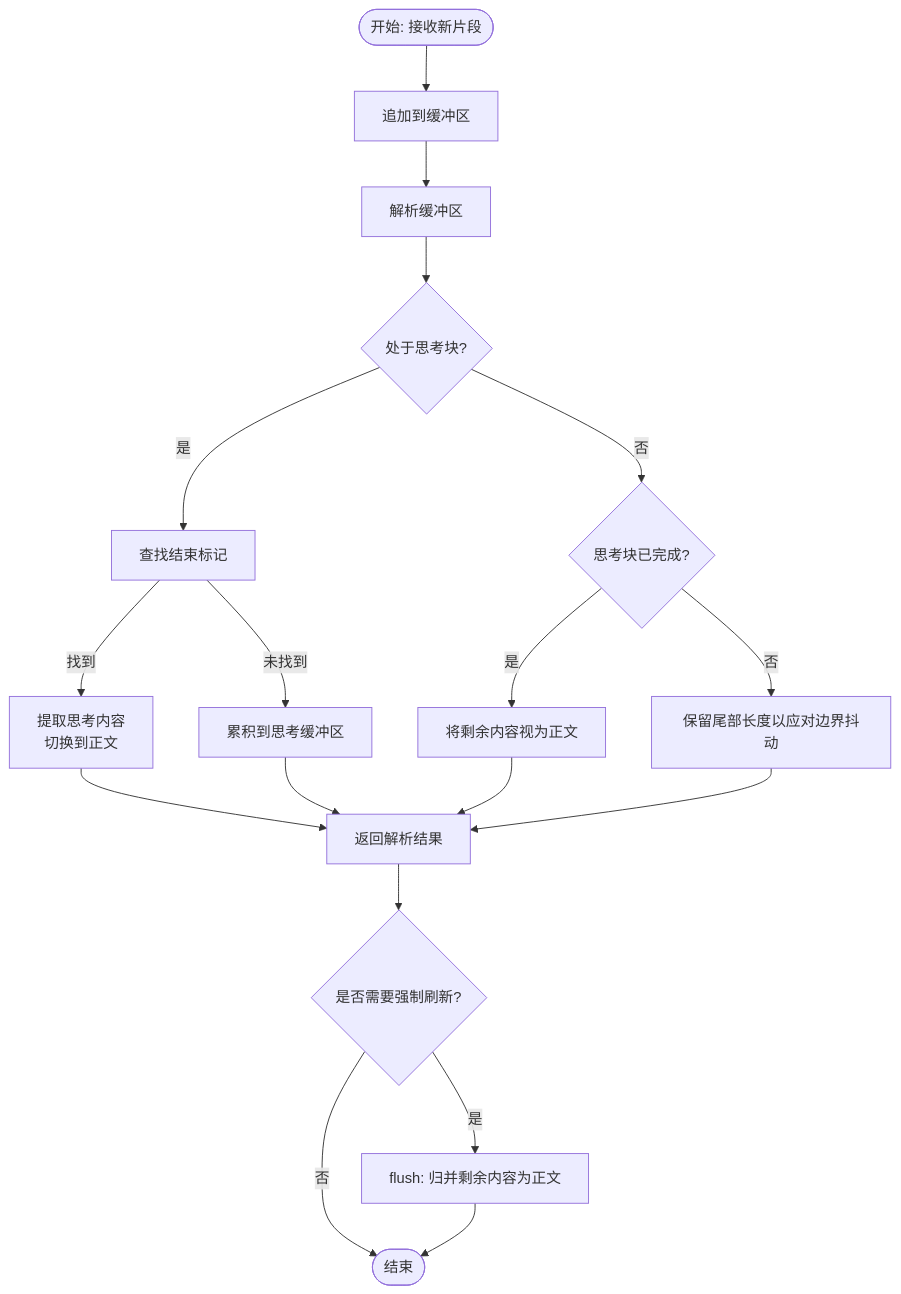
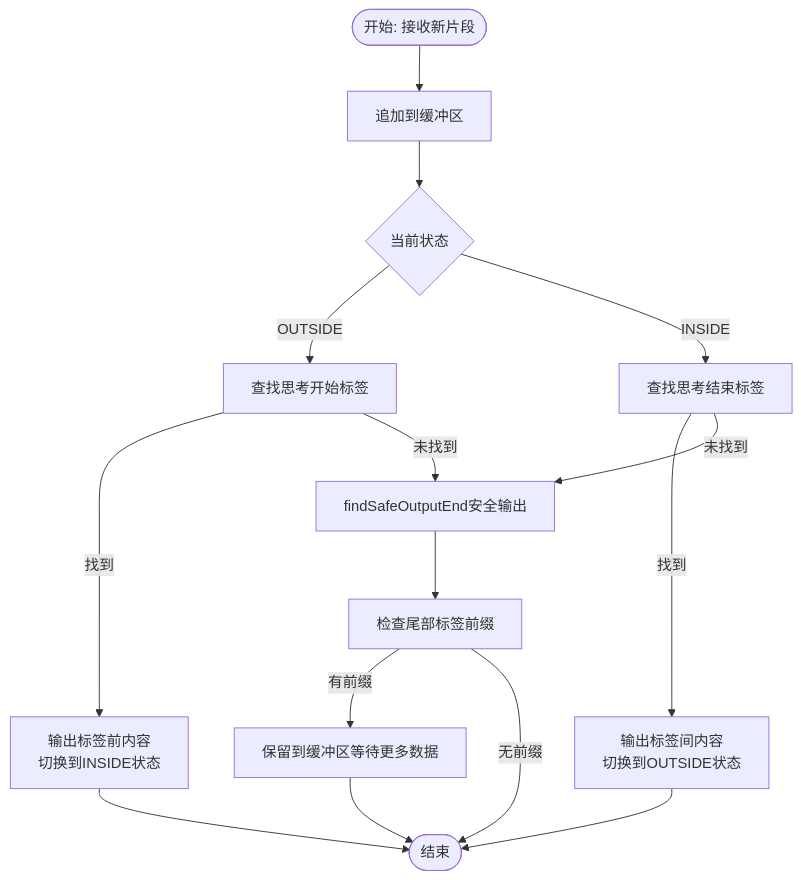
The third of 9 diagrams in .qoder/repowiki/zh/content/聊天系统详解/流式响应处理.md (NarcisWL/Nexara), drawn with Mermaid before and after one commit. The commit also changed other lines of this file and 4 other files, not shown here.

````diff
--- a/.qoder/repowiki/zh/content/聊天系统详解/流式响应处理.md
+++ b/.qoder/repowiki/zh/content/聊天系统详解/流式响应处理.md
@@ -178,20 +169,17 @@
 ```mermaid
 flowchart TD
 Start(["开始: 接收新片段"]) --> Append["追加到缓冲区"]
-Append --> Parse["解析缓冲区"]
-Parse --> InThinking{"处于思考块?"}
-InThinking --> |是| FindEnd["查找结束标记"]
-FindEnd --> |找到| ExtractThinking["提取思考内容<br/>切换到正文"]
-FindEnd --> |未找到| HoldThinking["累积到思考缓冲区"]
-InThinking --> |否| CheckThinkingComplete{"思考块已完成?"}
-CheckThinkingComplete --> |是| TreatAsContent["将剩余内容视为正文"]
-CheckThinkingComplete --> |否| SafeHold["保留尾部长度以应对边界抖动"]
-ExtractThinking --> Return["返回解析结果"]
-HoldThinking --> Return
-TreatAsContent --> Return
-SafeHold --> Return
-Return --> FlushCheck{"是否需要强制刷新?"}
-FlushCheck --> |是| ForceFlush["flush: 归并剩余内容为正文"]
-FlushCheck --> |否| End(["结束"])
-ForceFlush --> End
+Append --> StateCheck{"当前状态"}
+StateCheck --> |OUTSIDE| FindOpen["查找思考开始标签"]
+FindOpen --> |找到| SplitContent["输出标签前内容<br/>切换到INSIDE状态"]
+FindOpen --> |未找到| SafeOutput["findSafeOutputEnd安全输出"]
+StateCheck --> |INSIDE| FindClose["查找思考结束标签"]
+FindClose --> |找到| SplitReasoning["输出标签间内容<br/>切换到OUTSIDE状态"]
+FindClose --> |未找到| SafeOutput
+SafeOutput --> CheckTail["检查尾部标签前缀"]
+CheckTail --> |有前缀| Break["保留到缓冲区等待更多数据"]
+CheckTail --> |无前缀| End(["结束"])
+SplitContent --> End
+SplitReasoning --> End
+Break --> End
 ```
````
